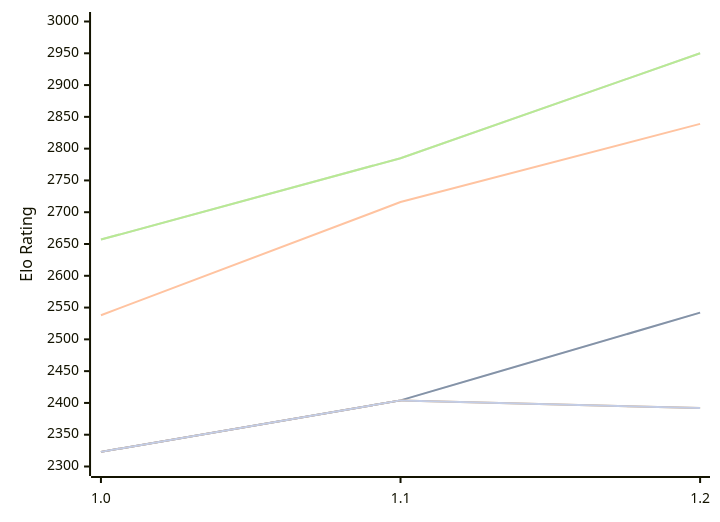
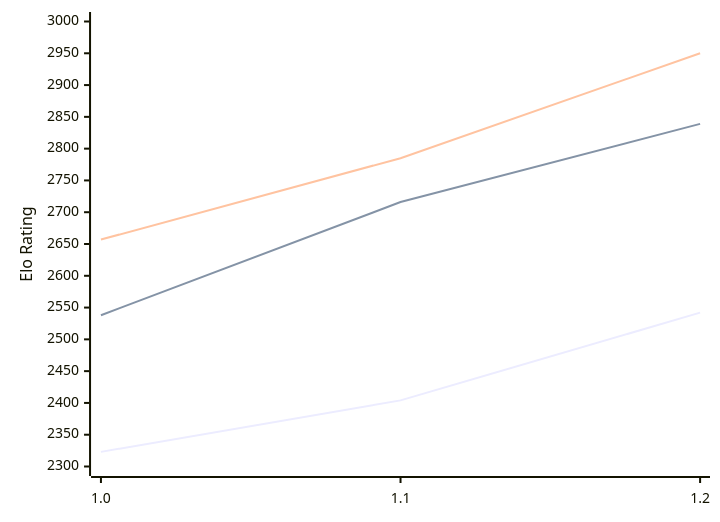
One commit to computer-chess-index/cci changed the diagram in engines/FoxChess.md. Above: the diagram before and after it, drawn with Mermaid. The commit also changed other lines of this file, not shown here.

````diff
--- a/engines/FoxChess.md
+++ b/engines/FoxChess.md
@@ -49,13 +49,9 @@
 ```mermaid
 %%{init: {"theme":"base","themeVariables":{"seriesColors:['#a3a3a3','#222221','#faa371']}}}%%
 xychart-beta
   x-axis ["1.0", "1.1", "1.2"]
   y-axis "Elo Rating" 2300 --> 3000
-  line "" [2323, 2404, 2542]
   line "T1: STC (8.0+0.08s)" [2323, 2404, 2542]
   line "T1: LTC (60.0+0.60s)" [2538, 2716, 2839]
-  line "" [2657, 2785, 2950]
   line "T1: VLTC (2m24s+1.12s)" [2657, 2785, 2950]
-  line "" [2323, 2404,2392]
-  line "E1: STC (8.0+0.08s)" [2323, 2404,2392]
 ```
````
